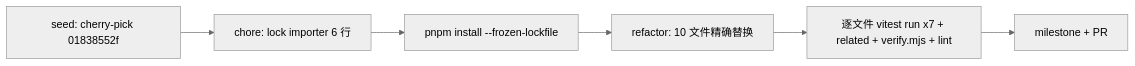
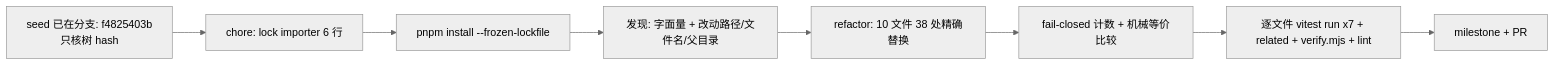
The diagram in engineering/doc/FLY-2825-literal-migration-cell-b/plan.md (xrliAnnie/flywheel-qa-sandbox), drawn with Mermaid (neutral theme) before and after one commit. The commit also changed other lines of this file and 2 other files, not shown here.

Commit message:
docs(FLY-2825): fold Codex design-review R1 (seed already injected, fail-closed counts, canonical subject range)

````diff
--- a/engineering/doc/FLY-2825-literal-migration-cell-b/plan.md
+++ b/engineering/doc/FLY-2825-literal-migration-cell-b/plan.md
@@ -13,8 +13,10 @@
 ```mermaid
 flowchart LR
-  S[seed: cherry-pick 01838552f] --> L[chore: lock importer 6 行]
+  S[seed 已在分支: f4825403b<br/>只核树 hash] --> L[chore: lock importer 6 行]
   L --> I[pnpm install --frozen-lockfile]
-  I --> M[refactor: 10 文件精确替换]
-  M --> V[逐文件 vitest run x7 + related + verify.mjs + lint]
-  V --> P[milestone + PR]
+  I --> F[发现: 字面量 + 改动路径/文件名/父目录]
+  F --> M[refactor: 10 文件 38 处精确替换]
+  M --> V[fail-closed 计数 + 机械等价比较]
+  V --> T[逐文件 vitest run x7 + related + verify.mjs + lint]
+  T --> P[milestone + PR]
 ```
````
